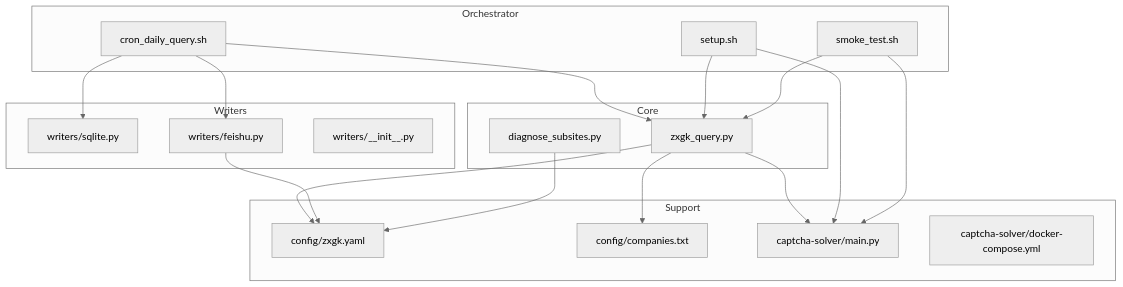
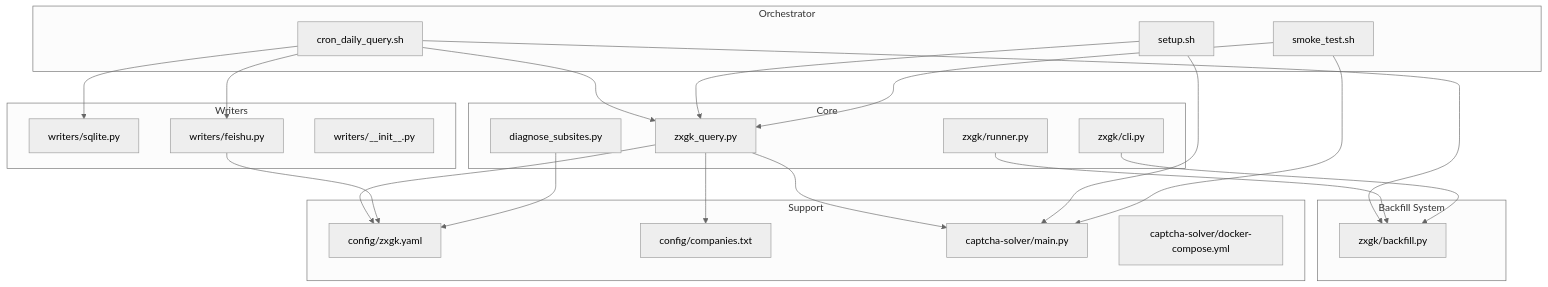
Before and after one commit to supotato-ipj/zxgk_auto_query-skill: the first of 8 diagrams in .qoder/repowiki/en/content/Daily Workflow Orchestration.md, drawn with Mermaid (neutral theme). The commit also changed other lines of this file and 24 other files, not shown here.

````diff
--- a/.qoder/repowiki/en/content/Daily Workflow Orchestration.md
+++ b/.qoder/repowiki/en/content/Daily Workflow Orchestration.md
@@ -45,35 +57,43 @@
 ```mermaid
 graph TB
 subgraph "Orchestrator"
 CRON["cron_daily_query.sh"]
 SETUP["setup.sh"]
 SMOKE["smoke_test.sh"]
 end
 subgraph "Core"
 ZHQ["zxgk_query.py"]
 DIAG["diagnose_subsites.py"]
+RUNNER["zxgk/runner.py"]
+CLI["zxgk/cli.py"]
+end
+subgraph "Backfill System"
+BACKFILL["zxgk/backfill.py"]
 end
 subgraph "Writers"
 WSQL["writers/sqlite.py"]
 WFS["writers/feishu.py"]
 WIDX["writers/__init__.py"]
 end
 subgraph "Support"
 CFG["config/zxgk.yaml"]
 COMPS["config/companies.txt"]
 CAP["captcha-solver/main.py"]
 DOCK["captcha-solver/docker-compose.yml"]
 end
 CRON --> ZHQ
 CRON --> WSQL
 CRON --> WFS
+CRON --> BACKFILL
 ZHQ --> CAP
 ZHQ --> CFG
 ZHQ --> COMPS
+RUNNER --> BACKFILL
+CLI --> BACKFILL
 WFS --> CFG
 DIAG --> CFG
 SETUP --> CAP
 SETUP --> ZHQ
 SMOKE --> ZHQ
 SMOKE --> CAP
 ```
````
